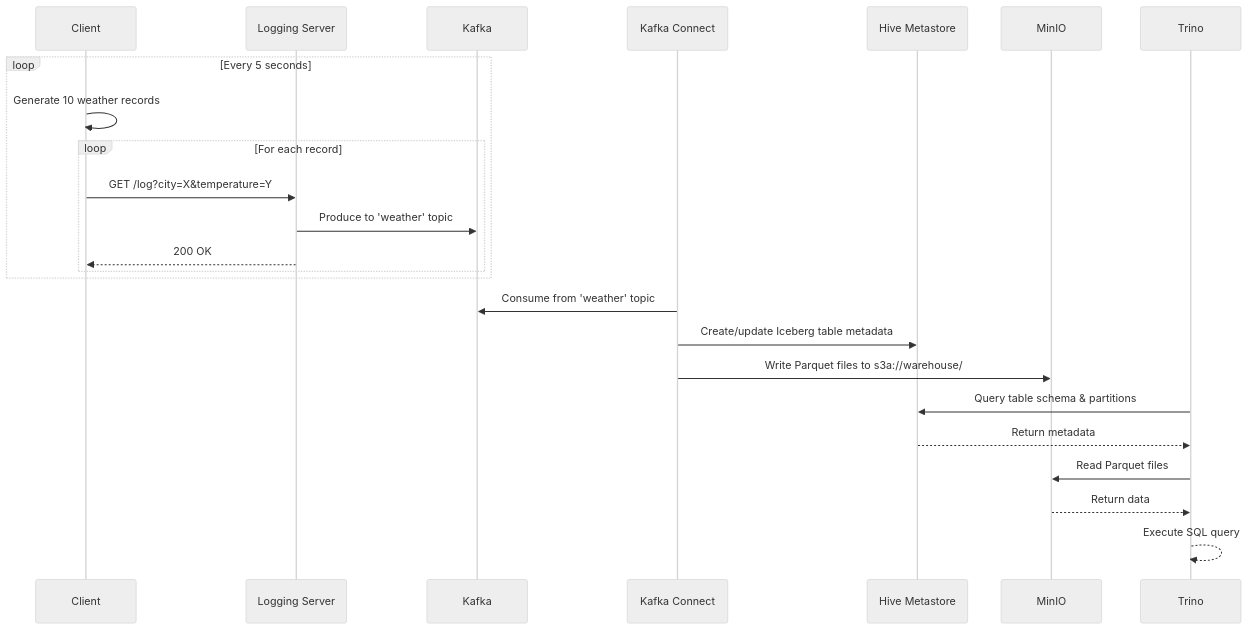
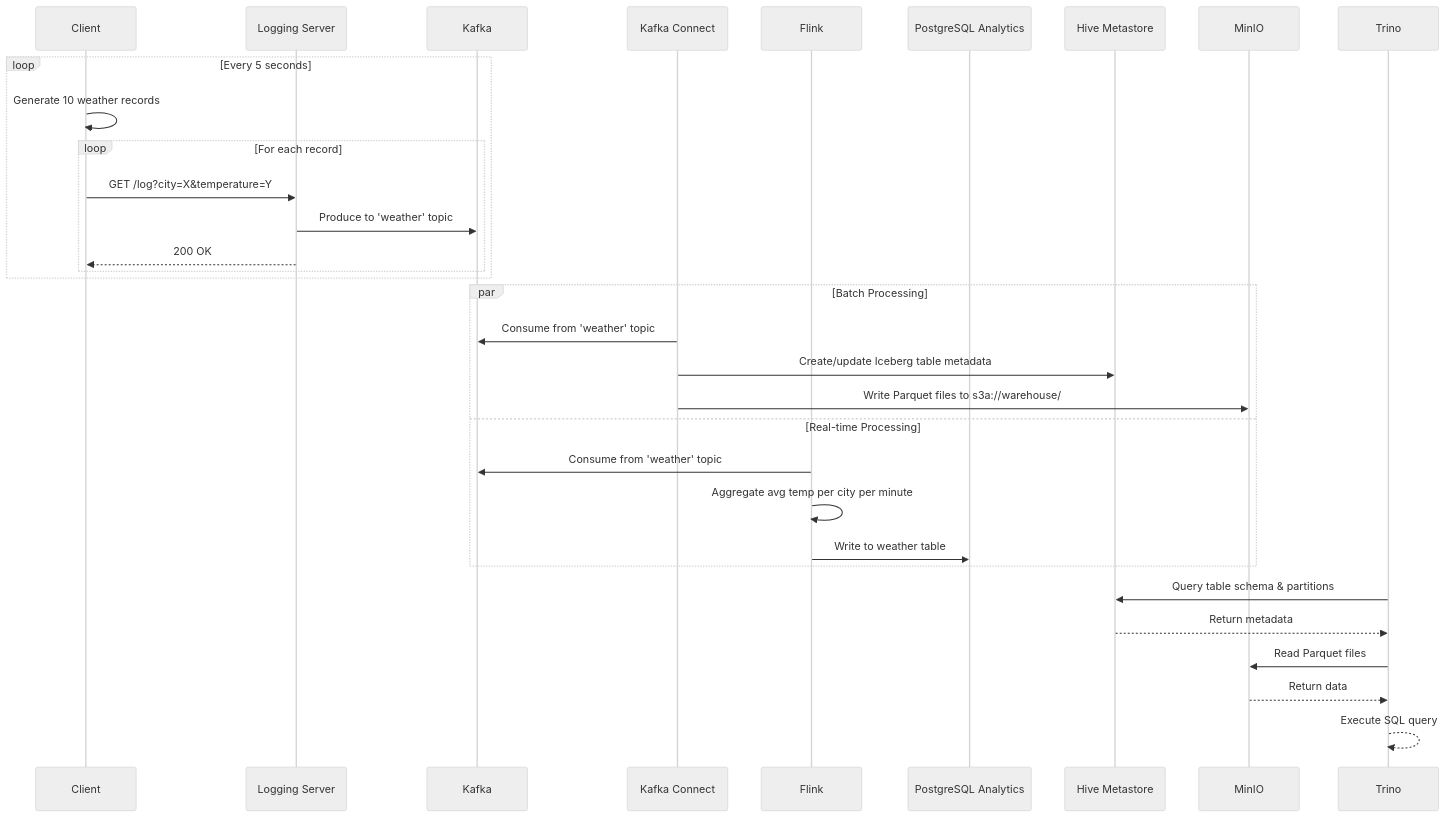
One commit to rejithry/data-pipeline-cursor changed the second of 2 diagrams in PLAN.md. Above: the diagram before and after it, drawn with Mermaid (neutral theme). The commit also changed other lines of this file and 7 other files, not shown here.

Commit message:
Add Flink real-time processing layer with PostgreSQL analytics for avg temperature per city per minute

````diff
--- a/PLAN.md
+++ b/PLAN.md
@@ -43,29 +54,37 @@
 ```mermaid
 sequenceDiagram
     participant C as Client
     participant LS as Logging Server
     participant K as Kafka
     participant KC as Kafka Connect
+    participant F as Flink
+    participant PA as PostgreSQL Analytics
     participant HMS as Hive Metastore
     participant M as MinIO
     participant T as Trino
     
     loop Every 5 seconds
         C->>C: Generate 10 weather records
         loop For each record
             C->>LS: GET /log?city=X&temperature=Y
             LS->>K: Produce to 'weather' topic
             LS-->>C: 200 OK
         end
     end
     
-    KC->>K: Consume from 'weather' topic
-    KC->>HMS: Create/update Iceberg table metadata
-    KC->>M: Write Parquet files to s3a://warehouse/
+    par Batch Processing
+        KC->>K: Consume from 'weather' topic
+        KC->>HMS: Create/update Iceberg table metadata
+        KC->>M: Write Parquet files to s3a://warehouse/
+    and Real-time Processing
+        F->>K: Consume from 'weather' topic
+        F->>F: Aggregate avg temp per city per minute
+        F->>PA: Write to weather table
+    end
     
     T->>HMS: Query table schema & partitions
     HMS-->>T: Return metadata
     T->>M: Read Parquet files
     M-->>T: Return data
     T-->>T: Execute SQL query
 ```
````
